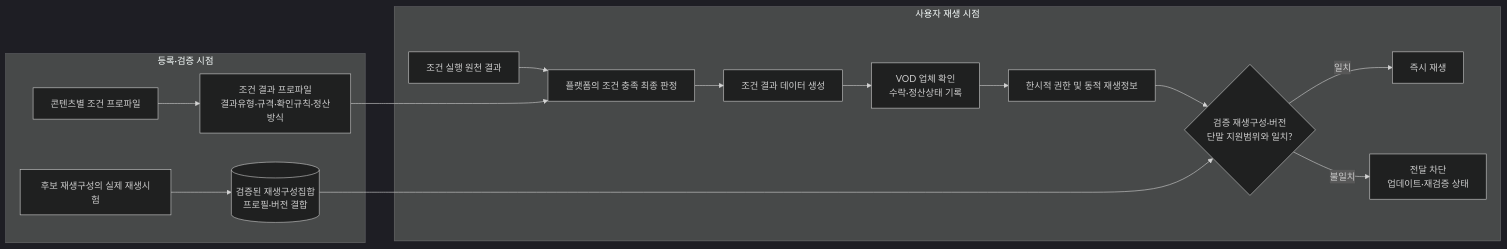
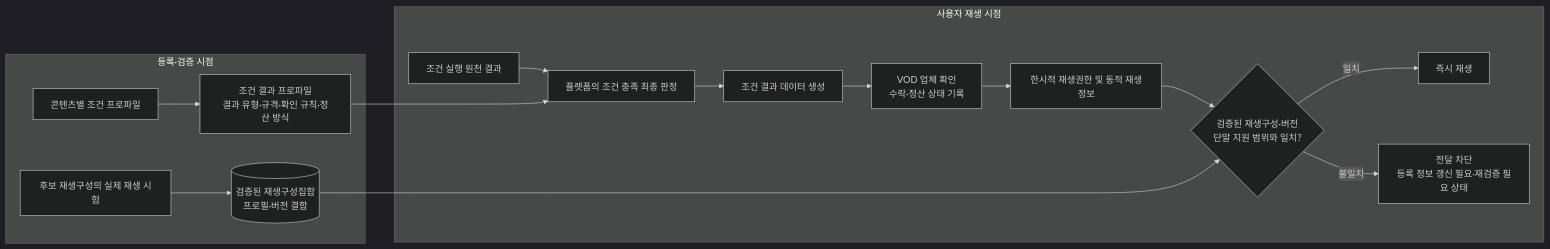
The first of 14 diagrams in instant_play_직무발명서_개선본.md (growdai1y/instant-play), drawn with Mermaid (dark theme) before and after one commit. The commit also changed other lines of this file and 10 other files, not shown here.

````diff
--- a/instant_play_직무발명서_개선본.md
+++ b/instant_play_직무발명서_개선본.md
@@ -40,28 +40,28 @@
 ```mermaid
 flowchart LR
     subgraph REGISTER["등록·검증 시점"]
         A["콘텐츠별 조건 프로파일"]
-        B["조건 결과 프로파일<br/>결과유형·규격·확인규칙·정산방식"]
-        C["후보 재생구성의 실제 재생시험"]
+        B["조건 결과 프로파일<br/>결과 유형·규격·확인 규칙·정산 방식"]
+        C["후보 재생구성의 실제 재생 시험"]
         D[("검증된 재생구성집합<br/>프로필·버전 결합")]
         A --> B
         C --> D
     end
 
     subgraph RUNTIME["사용자 재생 시점"]
         E["조건 실행 원천 결과"]
         F["플랫폼의 조건 충족 최종 판정"]
         G["조건 결과 데이터 생성"]
-        H["VOD 업체 확인<br/>수락·정산상태 기록"]
-        I["한시적 권한 및 동적 재생정보"]
-        J{"검증 재생구성·버전<br/>단말 지원범위와 일치?"}
+        H["VOD 업체 확인<br/>수락·정산 상태 기록"]
+        I["한시적 재생권한 및 동적 재생정보"]
+        J{"검증된 재생구성·버전<br/>단말 지원 범위와 일치?"}
         K["즉시 재생"]
-        L["전달 차단<br/>업데이트·재검증 상태"]
+        L["전달 차단<br/>등록 정보 갱신 필요·재검증 필요 상태"]
         E --> F --> G --> H --> I --> J
         J -->|일치| K
         J -->|불일치| L
     end
 
     B ---> F
     D ---> J
 ```
````
